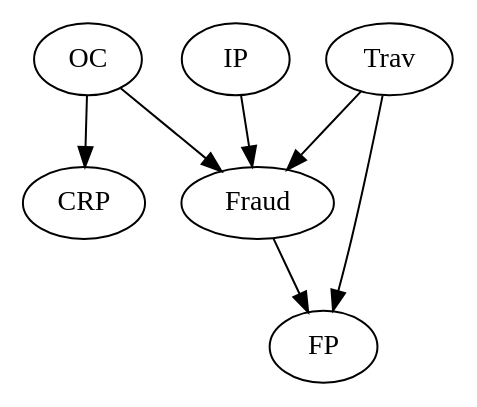
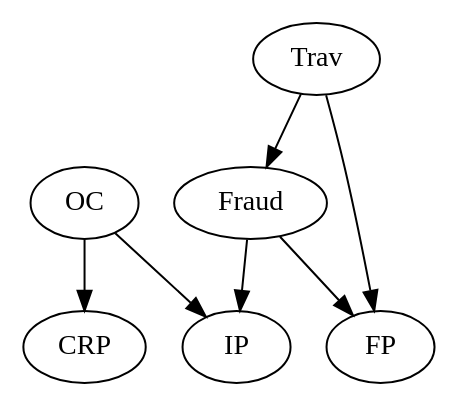
The diagram in cs486/a2/fraud.dot (sunapi386/2015s), drawn with Graphviz before and after one commit.

Commit message:
change graph

```diff
--- a/cs486/a2/fraud.dot
+++ b/cs486/a2/fraud.dot
@@ -1,8 +1,8 @@
 digraph G {
     OC -> CRP;
-    OC -> Fraud;
-    IP -> Fraud;
+    OC -> IP;
     Trav -> Fraud;
     Trav -> FP;
     Fraud -> FP;
+    Fraud -> IP;
 }
```
